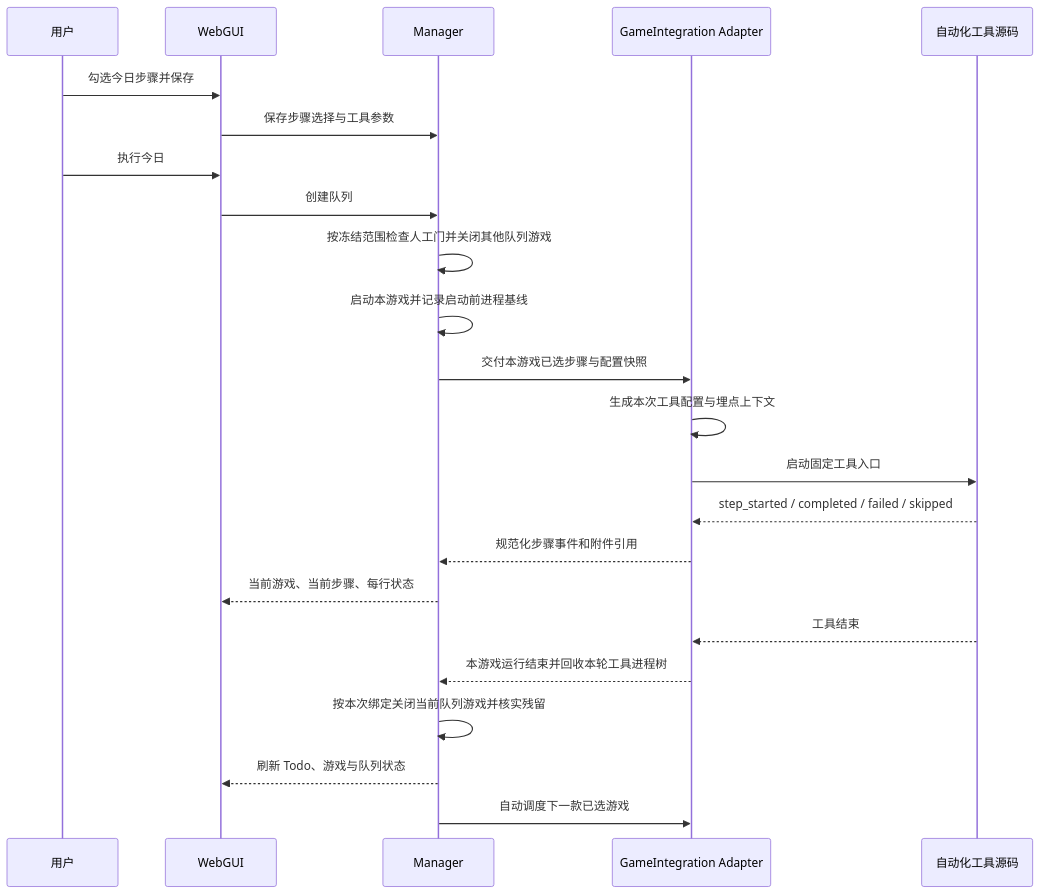
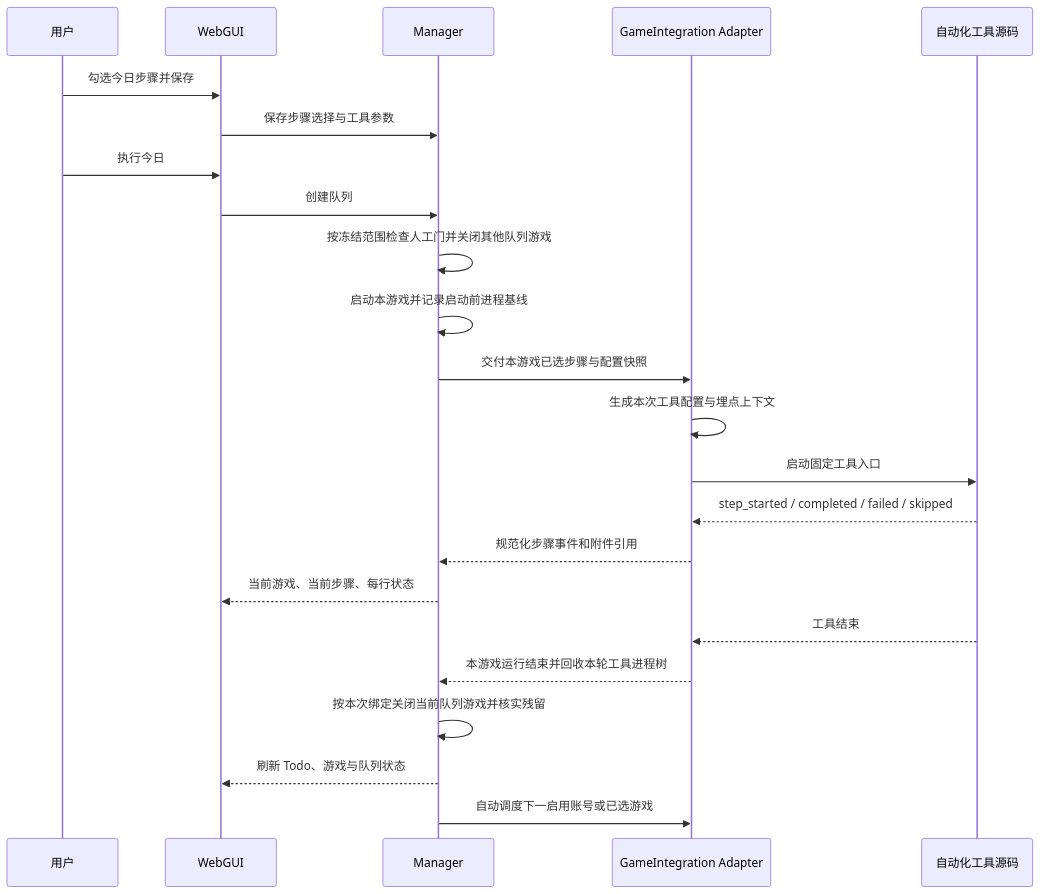
The third of 3 diagrams in ARCHITECTURE.md (vb2250158/YeYuGamer), drawn with Mermaid before and after one commit. The commit also changed other lines of this file and 46 other files, not shown here.

````diff
--- a/ARCHITECTURE.md
+++ b/ARCHITECTURE.md
@@ -101,26 +114,26 @@
 ```mermaid
 sequenceDiagram
     participant U as 用户
     participant W as WebGUI
     participant M as Manager
     participant A as GameIntegration Adapter
     participant T as 自动化工具源码
 
     U->>W: 勾选今日步骤并保存
     W->>M: 保存步骤选择与工具参数
     U->>W: 执行今日
     W->>M: 创建队列
     M->>M: 按冻结范围检查人工门并关闭其他队列游戏
     M->>M: 启动本游戏并记录启动前进程基线
     M->>A: 交付本游戏已选步骤与配置快照
     A->>A: 生成本次工具配置与埋点上下文
     A->>T: 启动固定工具入口
     T-->>A: step_started / completed / failed / skipped
     A-->>M: 规范化步骤事件和附件引用
     M-->>W: 当前游戏、当前步骤、每行状态
     T-->>A: 工具结束
     A-->>M: 本游戏运行结束并回收本轮工具进程树
     M->>M: 按本次绑定关闭当前队列游戏并核实残留
     M-->>W: 刷新 Todo、游戏与队列状态
-    M->>A: 自动调度下一款已选游戏
+    M->>A: 自动调度下一启用账号或已选游戏
 ```
````
